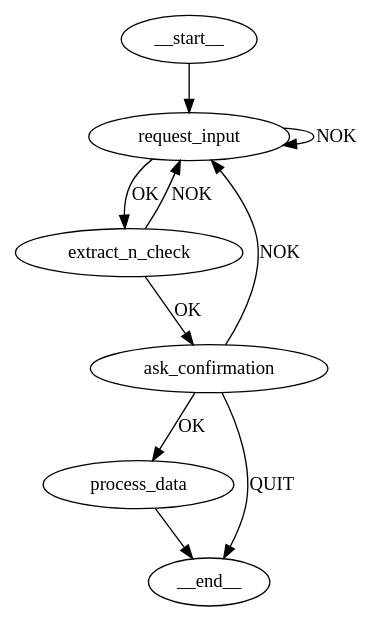
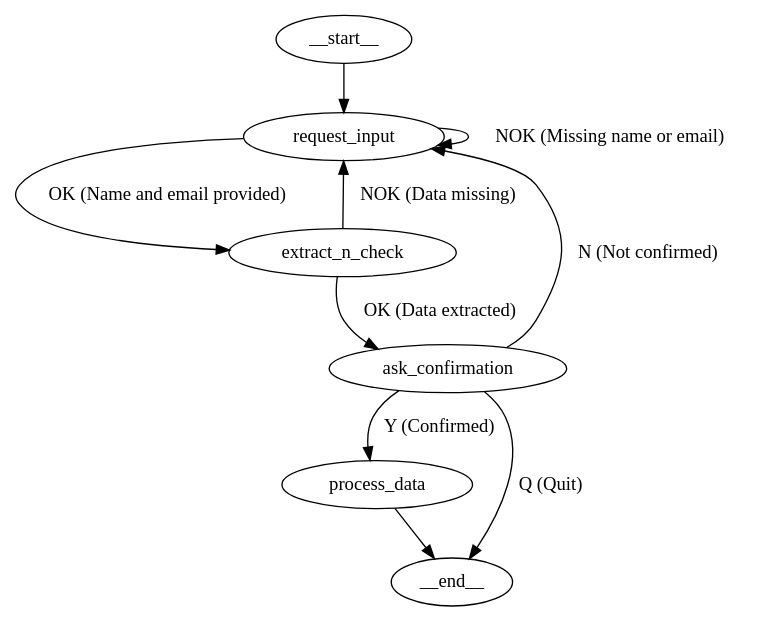
One commit to petarkabashki/workflow-automator changed the diagram in workflow.dot. Above: the diagram before and after it, drawn with Graphviz. The commit also changed 2 other files, not shown here.

```diff
--- a/workflow.dot
+++ b/workflow.dot
@@ -1,14 +1,13 @@
-
 strict digraph {
     __start__ -> request_input;
-    request_input -> extract_n_check[label="OK"];
-    request_input -> request_input[label="NOK"];
+    request_input -> extract_n_check[label="OK (Name and email provided)"];
+    request_input -> request_input[label="NOK (Missing name or email)"];
     // request_input -> __end__[label="QUIT"]
 
-    extract_n_check -> request_input[label="NOK"];
-    extract_n_check -> ask_confirmation[label="OK"];
-    ask_confirmation -> process_data[label="OK"];
-    ask_confirmation -> request_input[label="NOK"];
-    ask_confirmation -> __end__[label="QUIT"];
+    extract_n_check -> request_input[label="NOK (Data missing)"];
+    extract_n_check -> ask_confirmation[label="OK (Data extracted)"];
+    ask_confirmation -> process_data[label="Y (Confirmed)"];
+    ask_confirmation -> request_input[label="N (Not confirmed)"];
+    ask_confirmation -> __end__[label="Q (Quit)"];
     process_data -> __end__;
 }
```
